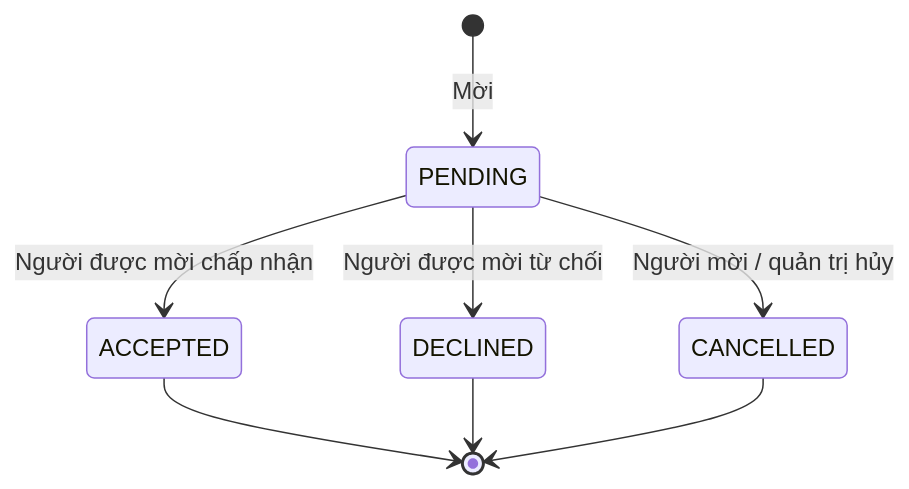
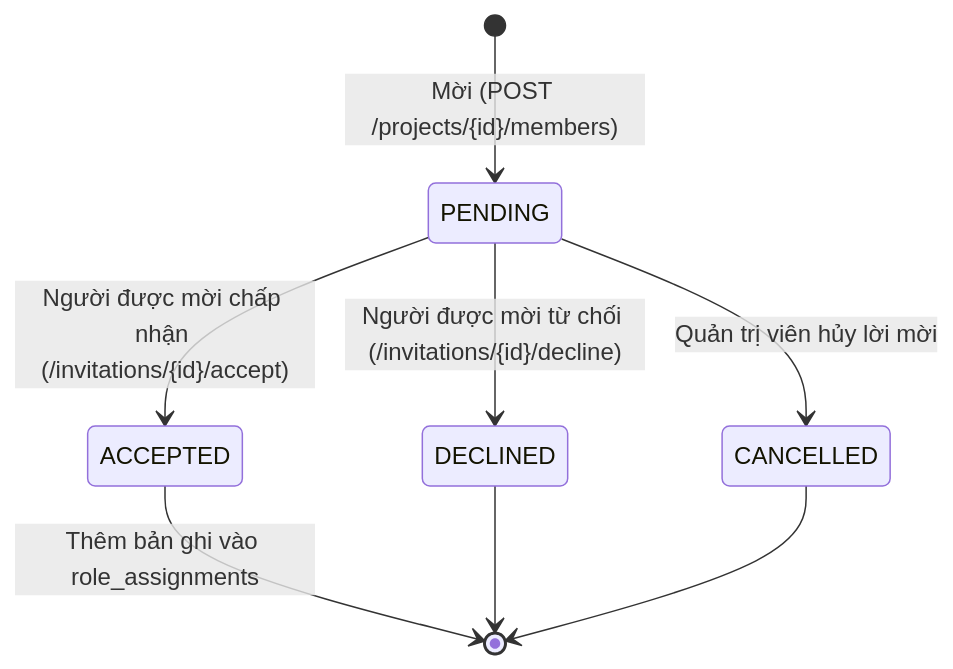
The fourth of 6 diagrams in formal_doc/03_NGHIEP_VU_WORKSPACE_TEAM_MEMBER.md (Hecker-Chuoi/DATN-2026), drawn with Mermaid before and after one commit. The commit also changed other lines of this file and 60 other files, not shown here.

````diff
--- a/formal_doc/03_NGHIEP_VU_WORKSPACE_TEAM_MEMBER.md
+++ b/formal_doc/03_NGHIEP_VU_WORKSPACE_TEAM_MEMBER.md
@@ -229,10 +143,10 @@
 ```mermaid
 stateDiagram-v2
-    [*] --> PENDING : Mời
-    PENDING --> ACCEPTED : Người được mời chấp nhận
-    PENDING --> DECLINED : Người được mời từ chối
-    PENDING --> CANCELLED : Người mời / quản trị hủy
-    ACCEPTED --> [*]
+    [*] --> PENDING : Mời (POST /projects/{id}/members)
+    PENDING --> ACCEPTED : Người được mời chấp nhận (/invitations/{id}/accept)
+    PENDING --> DECLINED : Người được mời từ chối (/invitations/{id}/decline)
+    PENDING --> CANCELLED : Quản trị viên hủy lời mời
+    ACCEPTED --> [*] : Thêm bản ghi vào role_assignments
     DECLINED --> [*]
     CANCELLED --> [*]
 ```
````
